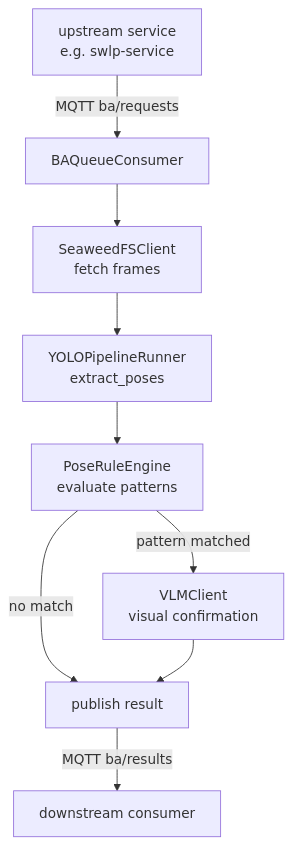
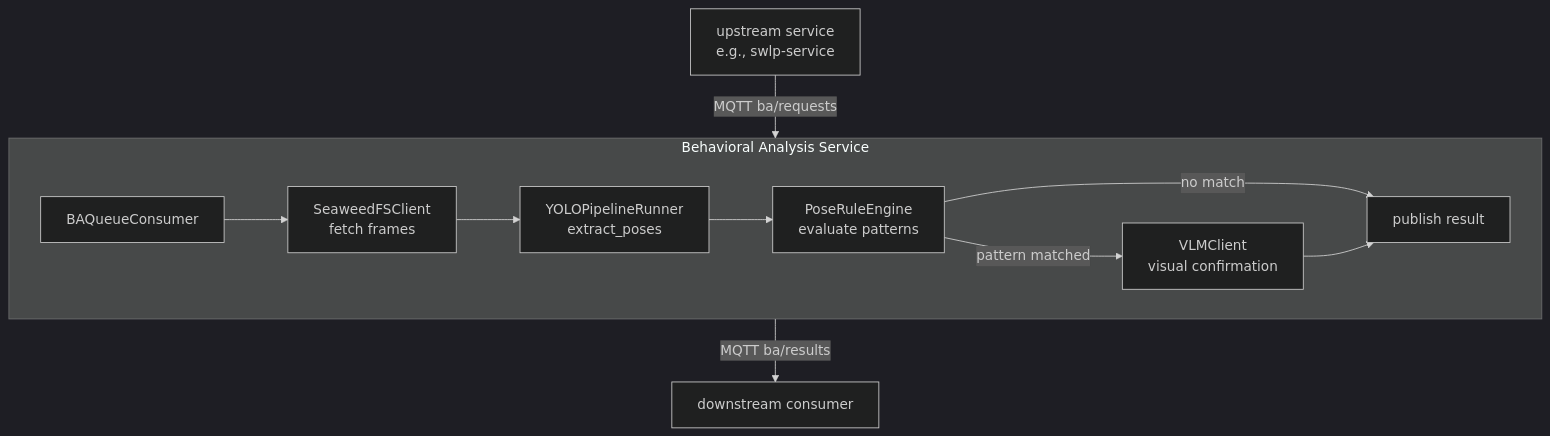
The first of 2 diagrams in microservices/behavioral-analysis/docs/user-guide/how-it-works.md (sgolebiewski-intel/edge-ai-libraries), drawn with Mermaid before and after one commit. The commit also changed other lines of this file and 9 other files, not shown here.

Commit message:
[DOCS] Review ASCII and Mermaid diagrams - 26.2 (#3107)

````diff
--- a/microservices/behavioral-analysis/docs/user-guide/how-it-works.md
+++ b/microservices/behavioral-analysis/docs/user-guide/how-it-works.md
@@ -7,11 +7,17 @@
 ```mermaid
+---
+config: {"theme": "dark"}
+---
 graph TD
-    A[upstream service<br/>e.g. swlp-service] -- MQTT ba/requests --> B[BAQueueConsumer]
+    A[upstream service<br/>e.g., swlp-service] -- MQTT ba/requests --> B[BAQueueConsumer]
+    subgraph Service["Behavioral Analysis Service"]
+    direction LR
     B --> C[SeaweedFSClient<br/>fetch frames]
     C --> D[YOLOPipelineRunner<br/>extract_poses]
     D --> E[PoseRuleEngine<br/>evaluate patterns]
     E -->|pattern matched| F[VLMClient<br/>visual confirmation]
     E -->|no match| G[publish result]
     F --> G
+    end
     G -- MQTT ba/results --> H[downstream consumer]
 ```
````
